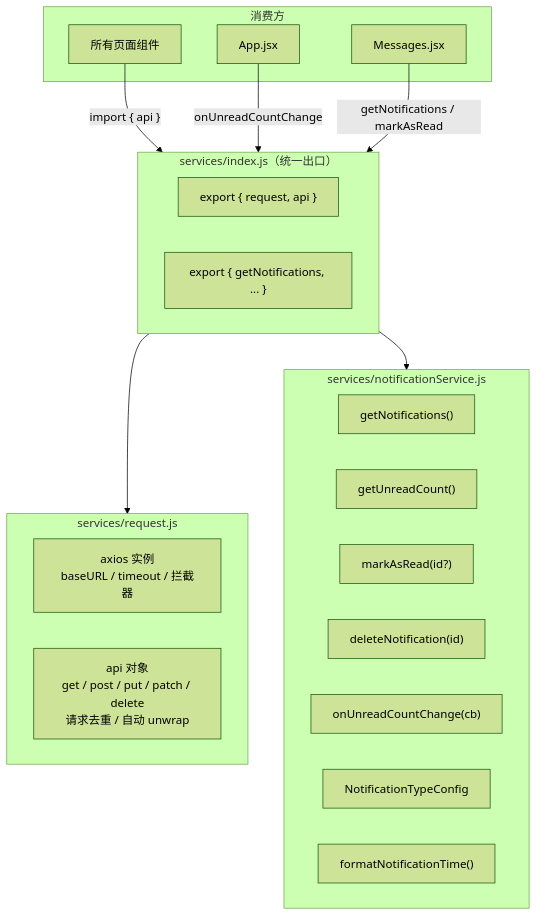
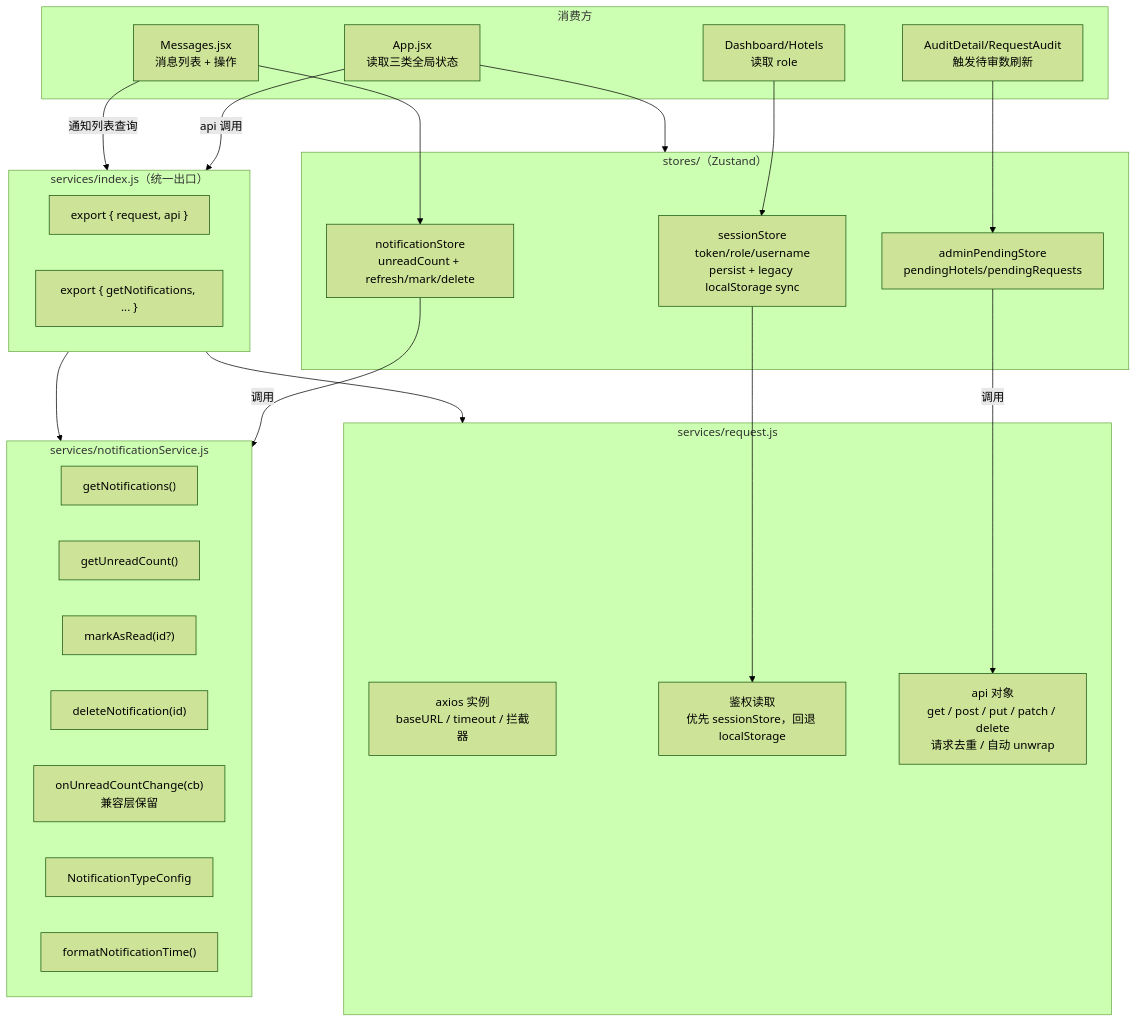
The eighth of 10 diagrams in docs/admin/admin-component-architecture.md (chendingya/EaseStay), drawn with Mermaid (forest theme) before and after one commit. The commit also changed other lines of this file and 4 other files, not shown here.

````diff
--- a/docs/admin/admin-component-architecture.md
+++ b/docs/admin/admin-component-architecture.md
@@ -217,36 +217,51 @@
 ```mermaid
 graph TB
+    subgraph StateLayer["stores/（Zustand）"]
+        SessionStore["sessionStore<br/>token/role/username<br/>persist + legacy localStorage sync"]
+        NotificationStore["notificationStore<br/>unreadCount + refresh/mark/delete"]
+        PendingStore["adminPendingStore<br/>pendingHotels/pendingRequests"]
+    end
+
     subgraph Barrel["services/index.js（统一出口）"]
         direction LR
         export_request["export { request, api }"]
         export_notif["export { getNotifications, ... }"]
     end
 
     subgraph RequestModule["services/request.js"]
         AxiosInstance["axios 实例<br/>baseURL / timeout / 拦截器"]
+        AuthRead["鉴权读取<br/>优先 sessionStore，回退 localStorage"]
         ApiObject["api 对象<br/>get / post / put / patch / delete<br/>请求去重 / 自动 unwrap"]
     end
 
     subgraph NotifModule["services/notificationService.js"]
         GetNotifs["getNotifications()"]
         GetUnread["getUnreadCount()"]
         MarkRead["markAsRead(id?)"]
         DeleteNotif["deleteNotification(id)"]
-        OnChange["onUnreadCountChange(cb)"]
+        OnChange["onUnreadCountChange(cb)<br/>兼容层保留"]
         TypeConfig["NotificationTypeConfig"]
         FormatTime["formatNotificationTime()"]
     end
+
+    SessionStore --> AuthRead
+    NotificationStore -->|"调用"| NotifModule
+    PendingStore -->|"调用"| ApiObject
 
     Barrel --> RequestModule
     Barrel --> NotifModule
 
     subgraph Consumers["消费方"]
-        AllPages["所有页面组件"]
-        AppJSX["App.jsx"]
-        MessagesPage["Messages.jsx"]
+        AppJSX["App.jsx<br/>读取三类全局状态"]
+        MessagesPage["Messages.jsx<br/>消息列表 + 操作"]
+        AuditPages["AuditDetail/RequestAudit<br/>触发待审数刷新"]
+        RolePages["Dashboard/Hotels<br/>读取 role"]
     end
 
-    AllPages -->|"import { api }"| Barrel
-    AppJSX -->|"onUnreadCountChange"| Barrel
-    MessagesPage -->|"getNotifications / markAsRead"| Barrel
+    AppJSX --> StateLayer
+    MessagesPage --> NotificationStore
+    AuditPages --> PendingStore
+    RolePages --> SessionStore
+    AppJSX -->|"api 调用"| Barrel
+    MessagesPage -->|"通知列表查询"| Barrel
 ```
````
